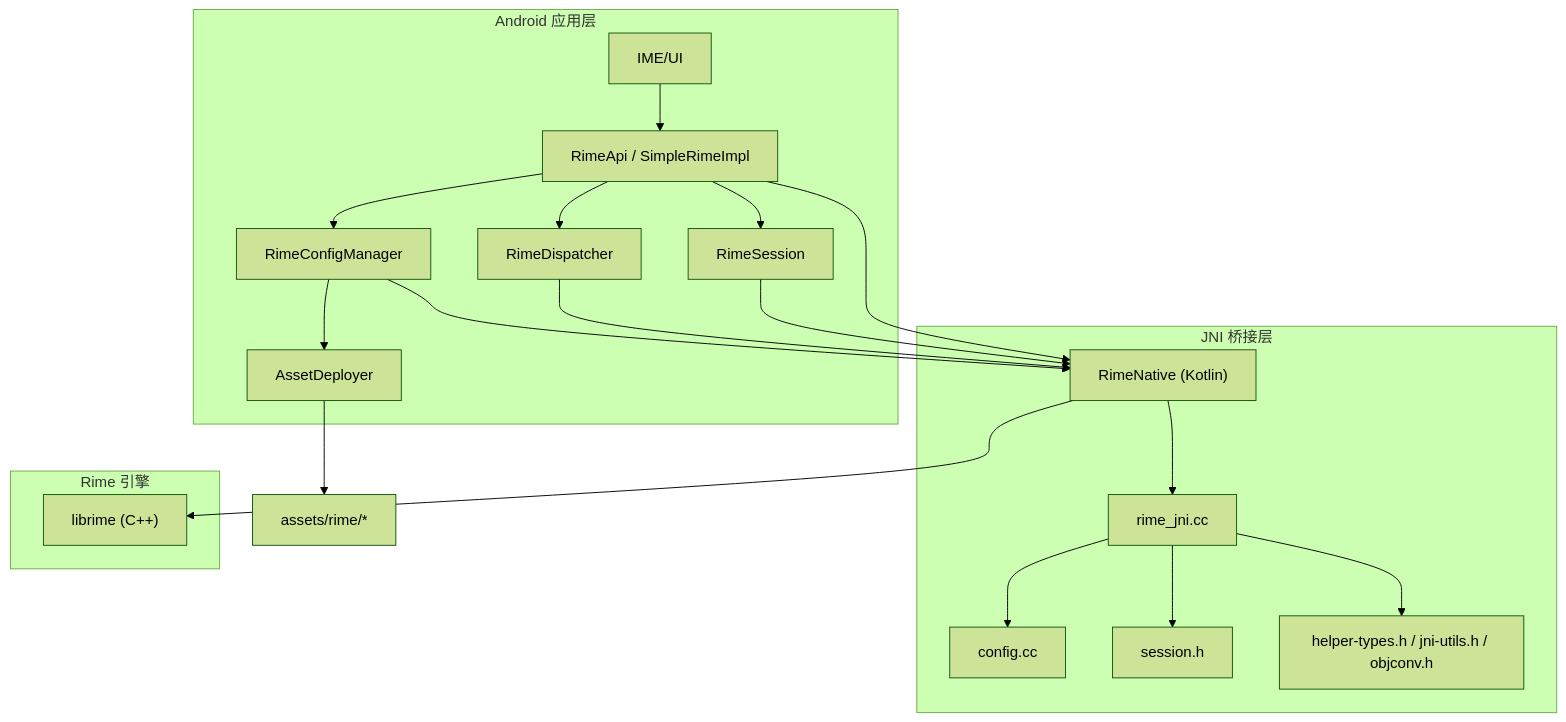
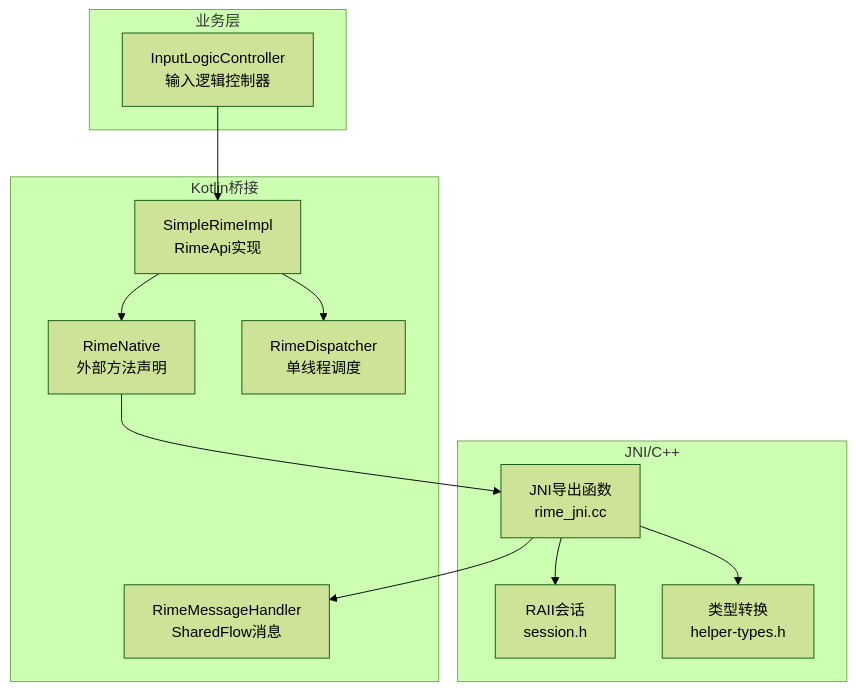
One commit to qiaodashaoye/ziyou-ime changed the first of 8 diagrams in .qoder/repowiki/zh/content/Rime 引擎集成/Rime 引擎集成.md. Above: the diagram before and after it, drawn with Mermaid (forest theme). The commit also changed other lines of this file and 407 other files, not shown here.

````diff
--- a/.qoder/repowiki/zh/content/Rime 引擎集成/Rime 引擎集成.md
+++ b/.qoder/repowiki/zh/content/Rime 引擎集成/Rime 引擎集成.md
@@ -58,25 +38,24 @@
 ```mermaid
 graph TB
-subgraph "Android 应用层"
-UI["IME/UI"] --> CoreAPI["RimeApi / SimpleRimeImpl"]
-CoreAPI --> Dispatcher["RimeDispatcher"]
-CoreAPI --> Session["RimeSession"]
-CoreAPI --> ConfigMgr["RimeConfigManager"]
-ConfigMgr --> AssetDeployer["AssetDeployer"]
+subgraph "JNI/C++"
+JNIFunc["JNI导出函数<br/>rime_jni.cc"]
+Session["RAII会话<br/>session.h"]
+Types["类型转换<br/>helper-types.h"]
 end
-subgraph "JNI 桥接层"
-Native["RimeNative (Kotlin)"] --> JNI["rime_jni.cc"]
-JNI --> Cfg["config.cc"]
-JNI --> SessH["session.h"]
-JNI --> Helper["helper-types.h / jni-utils.h / objconv.h"]
+subgraph "Kotlin桥接"
+Native["RimeNative<br/>外部方法声明"]
+Impl["SimpleRimeImpl<br/>RimeApi实现"]
+Dispatcher["RimeDispatcher<br/>单线程调度"]
+Msg["RimeMessageHandler<br/>SharedFlow消息"]
 end
-subgraph "Rime 引擎"
-LibRime["librime (C++)"]
+subgraph "业务层"
+Controller["InputLogicController<br/>输入逻辑控制器"]
 end
-CoreAPI --> Native
-Session --> Native
-Dispatcher --> Native
-ConfigMgr --> Native
-AssetDeployer --> Assets["assets/rime/*"]
-Native --> LibRime
+Controller --> Impl
+Impl --> Dispatcher
+Impl --> Native
+Native --> JNIFunc
+JNIFunc --> Session
+JNIFunc --> Types
+JNIFunc --> Msg
 ```
````
